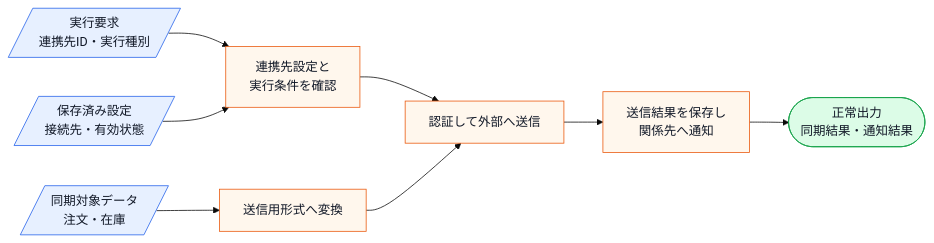
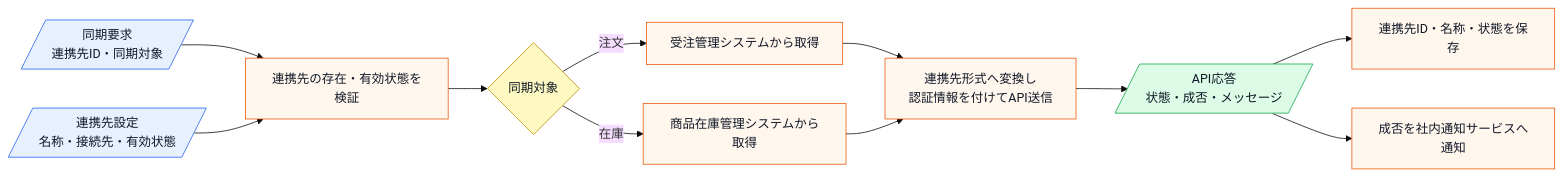
The second of 12 diagrams in kindle/design-patterns/output/chapter10.md (kumachan1101-pixel/DesignPattern), drawn with Mermaid (base theme) before and after one commit. The commit also changed other lines of this file and 9 other files, not shown here.

````diff
--- a/kindle/design-patterns/output/chapter10.md
+++ b/kindle/design-patterns/output/chapter10.md
@@ -92,14 +84,18 @@
 ```mermaid
 flowchart LR
-    A[/"実行要求<br>連携先ID・実行種別"/]:::input --> C["連携先設定と<br>実行条件を確認"]:::process
-    B[/"保存済み設定<br>接続先・有効状態"/]:::input --> C
-    D[/"同期対象データ<br>注文・在庫"/]:::input --> E["送信用形式へ変換"]:::process
-    C --> F["認証して外部へ送信"]:::process
-    E --> F
-    F --> G["送信結果を保存し<br>関係先へ通知"]:::process
-    G --> H(["正常出力<br>同期結果・通知結果"]):::normal
+    A[/"同期要求<br>連携先ID・同期対象"/]:::input --> C["連携先の存在・有効状態を検証"]:::process
+    B[/"連携先設定<br>名称・接続先・有効状態"/]:::input --> C
+    C --> D{"同期対象"}:::decision
+    D -->|"注文"| E["受注管理システムから取得"]:::process
+    D -->|"在庫"| F["商品在庫管理システムから取得"]:::process
+    E --> G["連携先形式へ変換し<br>認証情報を付けてAPI送信"]:::process
+    F --> G
+    G --> H[/"API応答<br>状態・成否・メッセージ"/]:::output
+    H --> I["連携先ID・名称・状態を保存"]:::process
+    H --> J["成否を社内通知サービスへ通知"]:::process
 
     classDef input fill:#e7f0ff,stroke:#2563eb,color:#111827;
     classDef process fill:#fff7ed,stroke:#ea580c,color:#111827;
-    classDef normal fill:#dcfce7,stroke:#16a34a,color:#111827;
+    classDef decision fill:#fef9c3,stroke:#ca8a04,color:#111827;
+    classDef output fill:#dcfce7,stroke:#16a34a,color:#111827;
 ```
````
